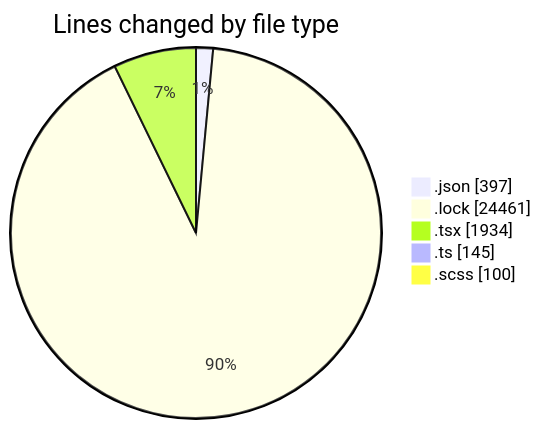
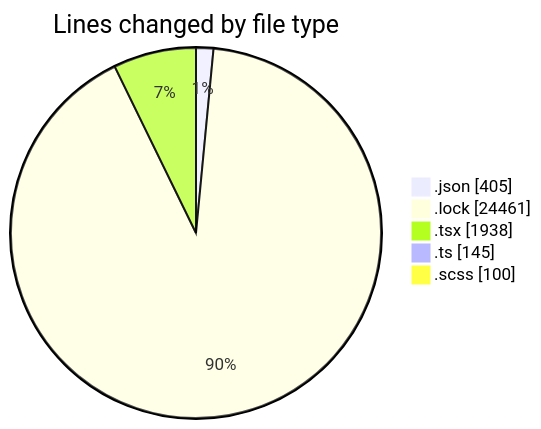
The first of 2 diagrams in 2026-05-14/cda/README.md (momahboobian/code-tracking), drawn with Mermaid before and after one commit. The commit also changed other lines of this file and 1 other file, not shown here.

````diff
--- a/2026-05-14/cda/README.md
+++ b/2026-05-14/cda/README.md
@@ -36,9 +36,9 @@
 ```mermaid
 pie showData
 title Lines changed by file type
-".json" : 397
+".json" : 405
 ".lock" : 24461
-".tsx" : 1934
+".tsx" : 1938
 ".ts" : 145
 ".scss" : 100
 ```
````
